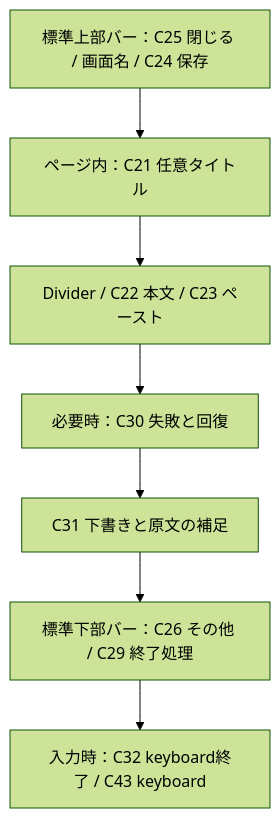
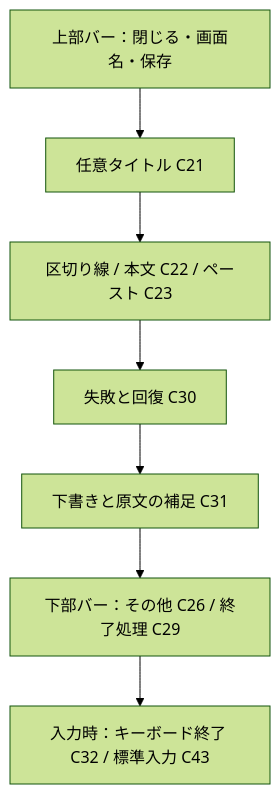
One commit to 9uiLe/nibble changed the third of 4 diagrams in docs/design/screens.md. Above: the diagram before and after it, drawn with Mermaid (forest theme). The commit also changed other lines of this file and 11 other files, not shown here.

````diff
--- a/docs/design/screens.md
+++ b/docs/design/screens.md
@@ -81,10 +88,9 @@
 ```mermaid
 flowchart TB
-    H[標準上部バー：C25 閉じる / 画面名 / C24 保存]
-    H --> T[ページ内：C21 任意タイトル]
-    T --> B[Divider / C22 本文 / C23 ペースト]
-    B --> E[必要時：C30 失敗と回復]
-    E --> F[C31 下書きと原文の補足]
-    F --> M[標準下部バー：C26 その他 / C29 終了処理]
-    M --> K[入力時：C32 keyboard終了 / C43 keyboard]
+    H[上部バー：閉じる・画面名・保存] --> T[任意タイトル C21]
+    T --> B[区切り線 / 本文 C22 / ペースト C23]
+    B --> E[失敗と回復 C30]
+    E --> F[下書きと原文の補足 C31]
+    F --> M[下部バー：その他 C26 / 終了処理 C29]
+    M --> K[入力時：キーボード終了 C32 / 標準入力 C43]
 ```
````
